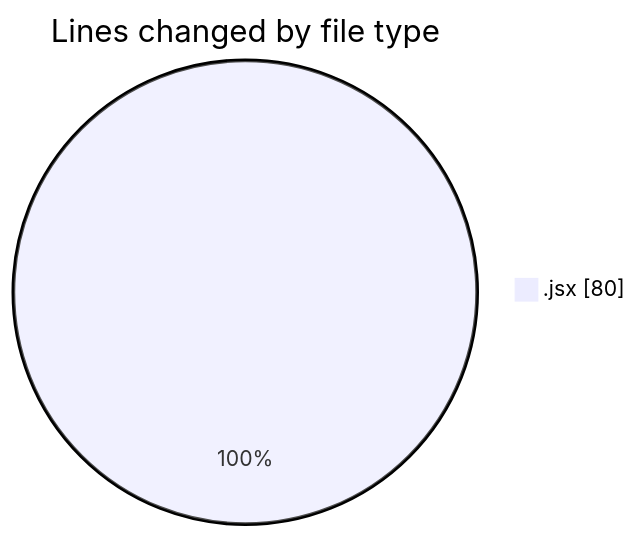
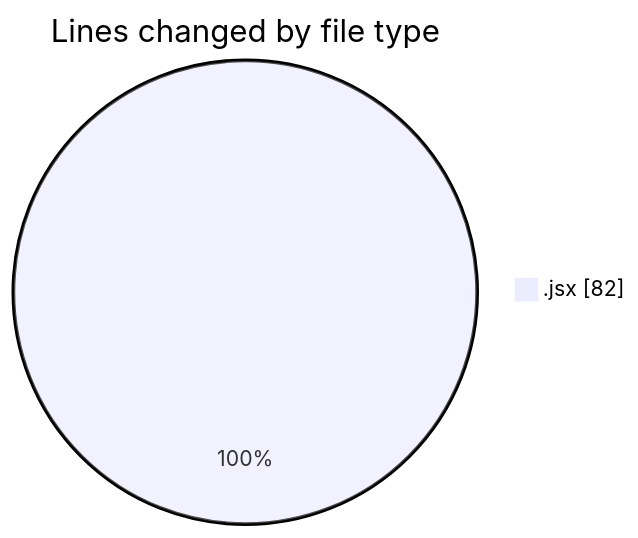
Before and after one commit to nxtqubesakshisongat/code-tracking: the first of 2 diagrams in 2025-05-16/argos-dev/README.md, drawn with Mermaid. The commit also changed other lines of this file and 1 other file, not shown here.

````diff
--- a/2025-05-16/argos-dev/README.md
+++ b/2025-05-16/argos-dev/README.md
@@ -20,5 +20,5 @@
 ```mermaid
 pie showData
 title Lines changed by file type
-".jsx" : 80
+".jsx" : 82
 ```
````
